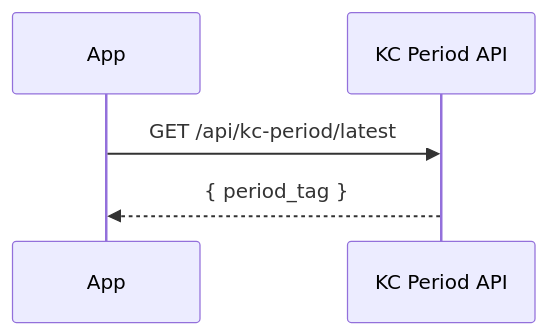
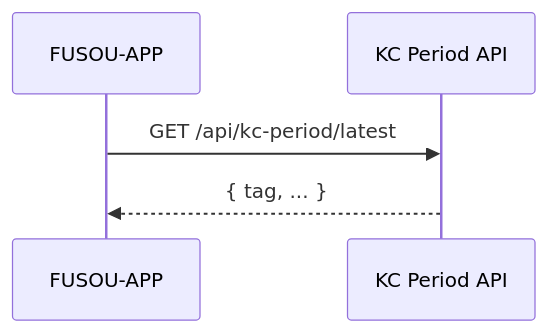
The fifth of 6 diagrams in docs/contents/guide/api_overview.md (tsukasa-u/FUSOU), drawn with Mermaid before and after one commit. The commit also changed other lines of this file, not shown here.

````diff
--- a/docs/contents/guide/api_overview.md
+++ b/docs/contents/guide/api_overview.md
@@ -219,7 +164,7 @@
 ```mermaid
 sequenceDiagram
-    participant App
+    participant App as FUSOU-APP
     participant Period as KC Period API
     App->>Period: GET /api/kc-period/latest
-    Period-->>App: { period_tag }
+    Period-->>App: { tag, ... }
 ```
````
